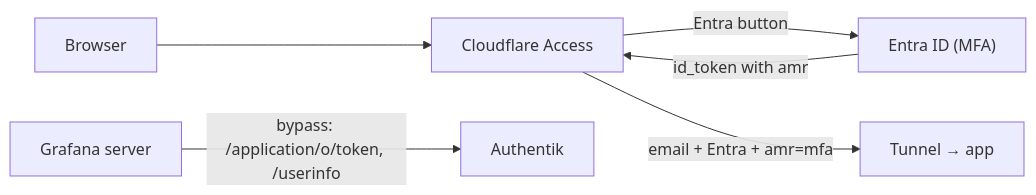
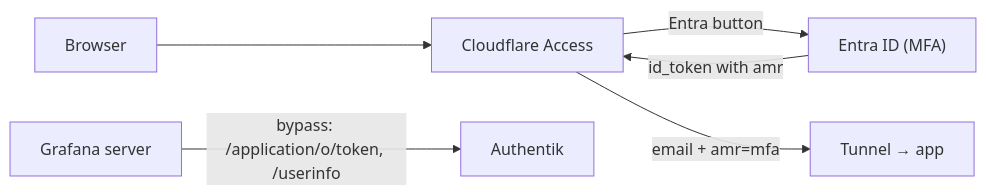
One commit to bar2sek/infra-cloud-deployments changed the diagram in docs/cloudflare-access.md. Above: the diagram before and after it, drawn with Mermaid. The commit also changed other lines of this file and 1 other file, not shown here.

````diff
--- a/docs/cloudflare-access.md
+++ b/docs/cloudflare-access.md
@@ -28,8 +27,8 @@
 ```mermaid
 graph LR
     U["Browser"] --> CF["Cloudflare Access"]
     CF -->|"Entra button"| E["Entra ID (MFA)"]
     E -->|"id_token with amr"| CF
-    CF -->|"email + Entra + amr=mfa"| T["Tunnel → app"]
+    CF -->|"email + amr=mfa"| T["Tunnel → app"]
     G["Grafana server"] -->|"bypass: /application/o/token, /userinfo"| A["Authentik"]
 ```
````
